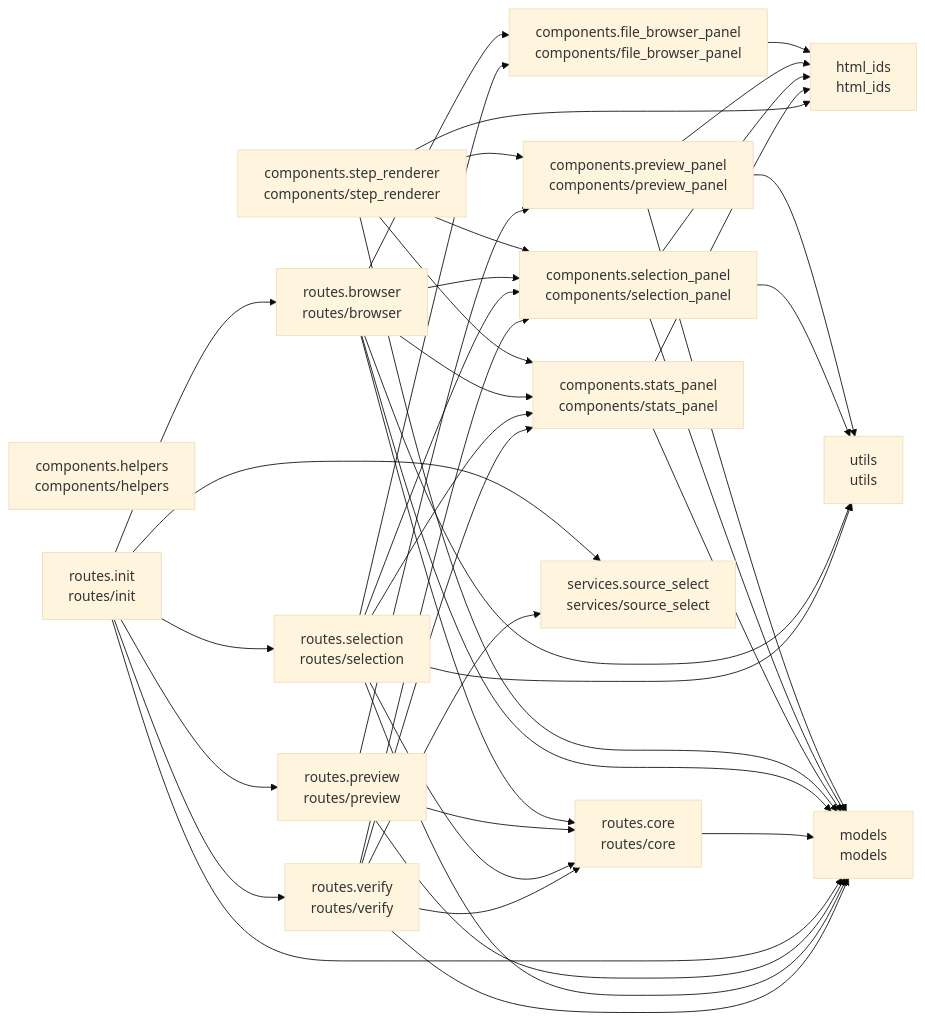
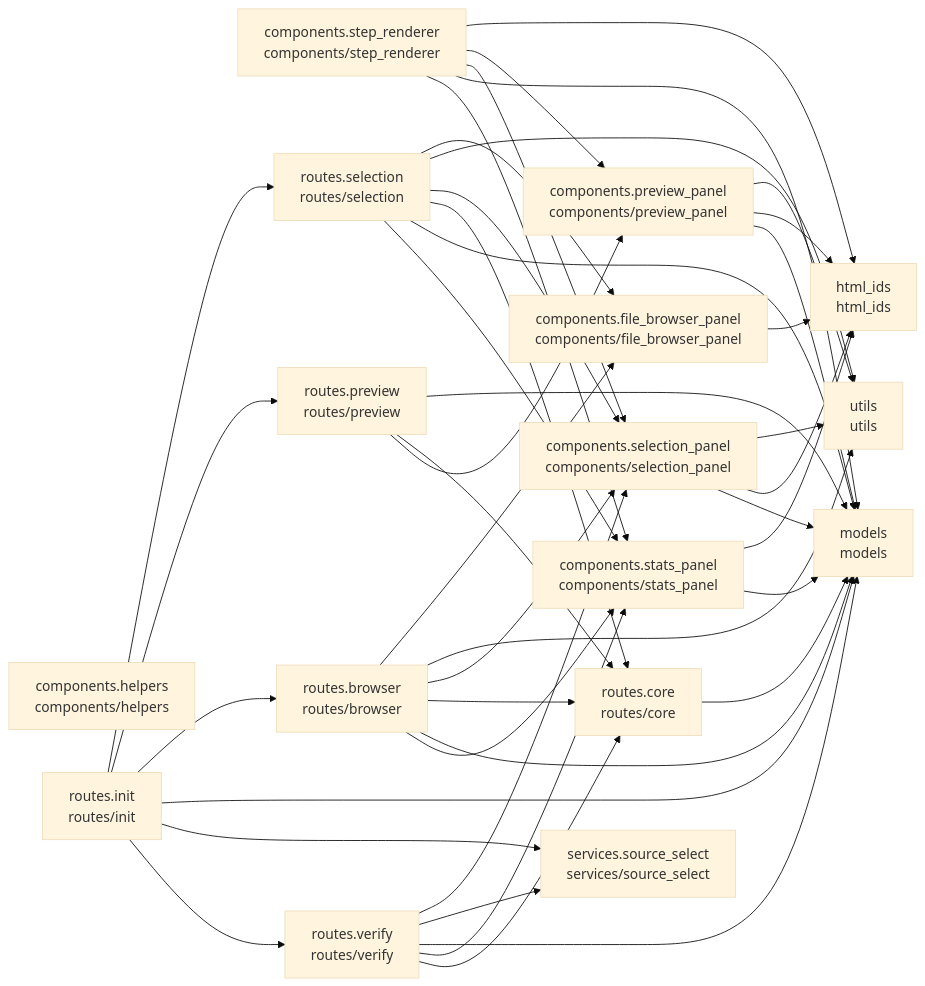
The diagram in README.md (cj-mills/cjm-transcription-source-select), drawn with Mermaid (base theme) before and after one commit. The commit also changed other lines of this file and 4 other files, not shown here.

````diff
--- a/README.md
+++ b/README.md
@@ -39,61 +39,61 @@
 ``` mermaid
 graph LR
     components_file_browser_panel[components.file_browser_panel<br/>components/file_browser_panel]
     components_helpers[components.helpers<br/>components/helpers]
     components_preview_panel[components.preview_panel<br/>components/preview_panel]
     components_selection_panel[components.selection_panel<br/>components/selection_panel]
     components_stats_panel[components.stats_panel<br/>components/stats_panel]
     components_step_renderer[components.step_renderer<br/>components/step_renderer]
     html_ids[html_ids<br/>html_ids]
     models[models<br/>models]
     routes_browser[routes.browser<br/>routes/browser]
     routes_core[routes.core<br/>routes/core]
     routes_init[routes.init<br/>routes/init]
     routes_preview[routes.preview<br/>routes/preview]
     routes_selection[routes.selection<br/>routes/selection]
     routes_verify[routes.verify<br/>routes/verify]
     services_source_select[services.source_select<br/>services/source_select]
     utils[utils<br/>utils]
 
     components_file_browser_panel --> html_ids
-    components_preview_panel --> utils
     components_preview_panel --> models
     components_preview_panel --> html_ids
-    components_selection_panel --> utils
+    components_preview_panel --> utils
     components_selection_panel --> models
     components_selection_panel --> html_ids
+    components_selection_panel --> utils
     components_stats_panel --> models
     components_stats_panel --> html_ids
+    components_step_renderer --> components_stats_panel
     components_step_renderer --> models
     components_step_renderer --> components_selection_panel
-    components_step_renderer --> components_stats_panel
+    components_step_renderer --> components_preview_panel
     components_step_renderer --> html_ids
-    components_step_renderer --> components_preview_panel
+    routes_browser --> components_stats_panel
+    routes_browser --> models
+    routes_browser --> routes_core
+    routes_browser --> components_selection_panel
     routes_browser --> utils
     routes_browser --> components_file_browser_panel
-    routes_browser --> routes_core
-    routes_browser --> models
-    routes_browser --> components_stats_panel
-    routes_browser --> components_selection_panel
     routes_core --> models
+    routes_init --> routes_verify
+    routes_init --> services_source_select
     routes_init --> models
     routes_init --> routes_browser
-    routes_init --> routes_verify
     routes_init --> routes_preview
-    routes_init --> services_source_select
     routes_init --> routes_selection
+    routes_preview --> components_preview_panel
+    routes_preview --> routes_core
     routes_preview --> models
-    routes_preview --> routes_core
-    routes_preview --> components_preview_panel
+    routes_selection --> components_stats_panel
+    routes_selection --> models
+    routes_selection --> routes_core
+    routes_selection --> components_selection_panel
     routes_selection --> utils
     routes_selection --> components_file_browser_panel
-    routes_selection --> routes_core
-    routes_selection --> models
-    routes_selection --> components_stats_panel
-    routes_selection --> components_selection_panel
-    routes_verify --> models
     routes_verify --> routes_core
     routes_verify --> components_stats_panel
+    routes_verify --> models
+    routes_verify --> services_source_select
     routes_verify --> components_selection_panel
-    routes_verify --> services_source_select
 ```
````
